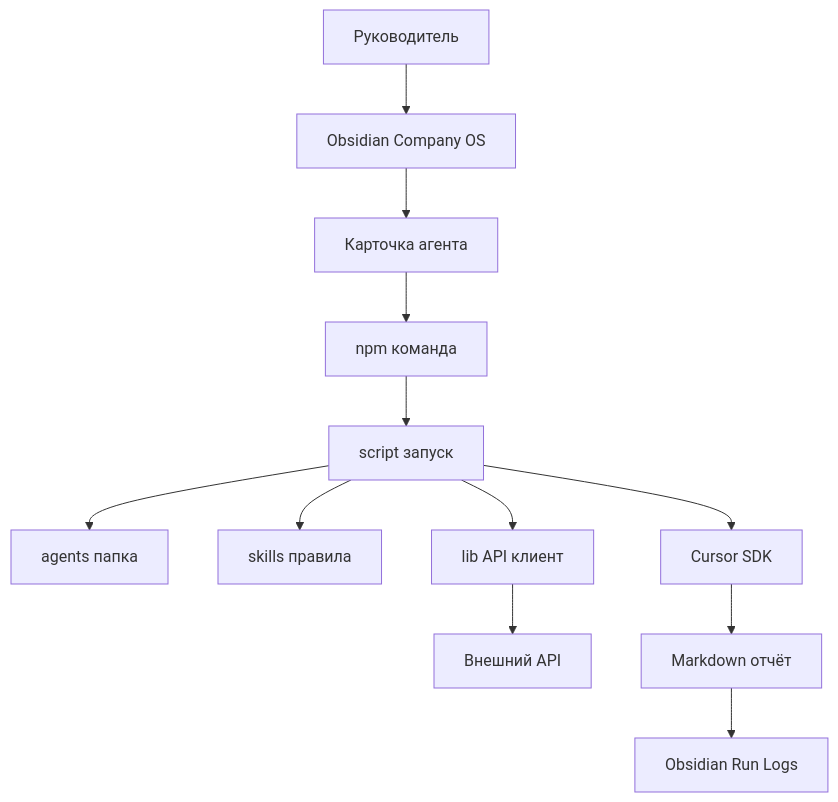
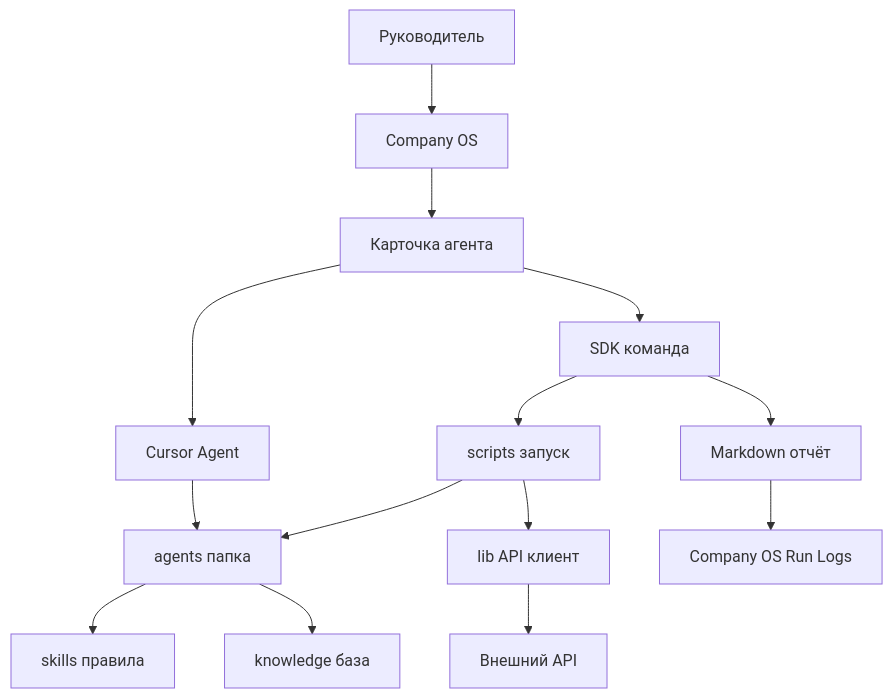
The diagram in docs/agent-architecture.md (pavtar/agent-lab), drawn with Mermaid before and after one commit. The commit also changed other lines of this file and 120 other files, not shown here.

First line of the commit message:
Агенты process-architect и toyota-kata-coach, базы знаний BPM и Kata, skills и vendor

````diff
--- a/docs/agent-architecture.md
+++ b/docs/agent-architecture.md
@@ -34,14 +36,16 @@
 ```mermaid
 flowchart TD
-  Human[Руководитель] --> Obsidian[Obsidian Company OS]
-  Obsidian --> AgentCard[Карточка агента]
-  AgentCard --> NpmCommand[npm команда]
-  NpmCommand --> Script[script запуск]
-  Script --> AgentFolder[agents папка]
-  Script --> Skill[skills правила]
+  Human[Руководитель] --> CompanyOS[Company OS]
+  CompanyOS --> AgentCard[Карточка агента]
+  AgentCard --> ManualRun[Cursor Agent]
+  AgentCard --> SdkRun[SDK команда]
+  ManualRun --> AgentFolder[agents папка]
+  SdkRun --> Script[scripts запуск]
+  Script --> AgentFolder
+  AgentFolder --> Skill[skills правила]
+  AgentFolder --> Knowledge[knowledge база]
   Script --> Client[lib API клиент]
   Client --> Api[Внешний API]
-  Script --> CursorSdk[Cursor SDK]
-  CursorSdk --> Report[Markdown отчёт]
-  Report --> RunLogs[Obsidian Run Logs]
+  SdkRun --> Report[Markdown отчёт]
+  Report --> RunLogs[Company OS Run Logs]
 ```
````
